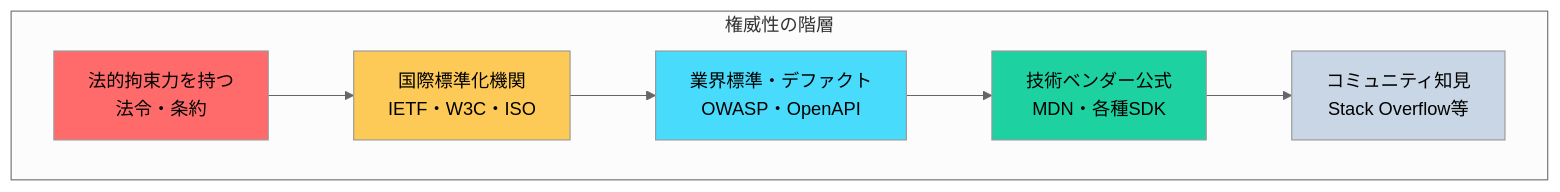
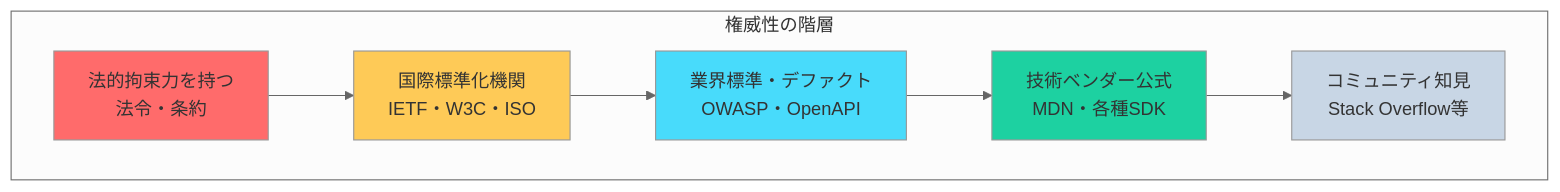
Before and after one commit to shuji-bonji/ai-agent-architecture: the sixth of 15 diagrams in docs/concepts/02-reference-sources.ja.md, drawn with Mermaid (neutral theme). The commit also changed other lines of this file and 13 other files, not shown here.

Commit message:
fix: Mermaidダイアグラム図の改善

````diff
--- a/docs/concepts/02-reference-sources.ja.md
+++ b/docs/concepts/02-reference-sources.ja.md
@@ -200,18 +202,18 @@
 ```mermaid
 graph TB
     subgraph 権威性の階層
         L1[法的拘束力を持つ<br/>法令・条約]
         L2[国際標準化機関<br/>IETF・W3C・ISO]
         L3[業界標準・デファクト<br/>OWASP・OpenAPI]
         L4[技術ベンダー公式<br/>MDN・各種SDK]
         L5[コミュニティ知見<br/>Stack Overflow等]
     end
 
     L1 --> L2 --> L3 --> L4 --> L5
 
-    style L1 fill:#ff6b6b
-    style L2 fill:#feca57
-    style L3 fill:#48dbfb
-    style L4 fill:#1dd1a1
-    style L5 fill:#c8d6e5
+    style L1 fill:#ff6b6b,color:#333
+    style L2 fill:#feca57,color:#333
+    style L3 fill:#48dbfb,color:#333
+    style L4 fill:#1dd1a1,color:#333
+    style L5 fill:#c8d6e5,color:#333
 ```
````
